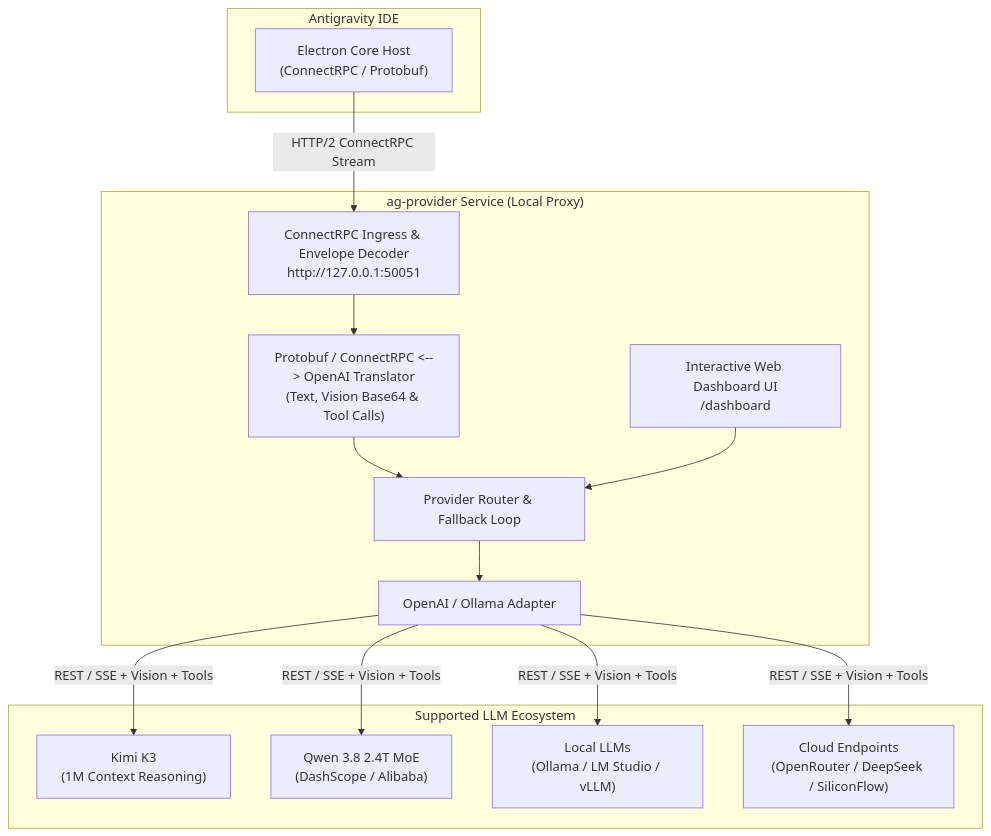
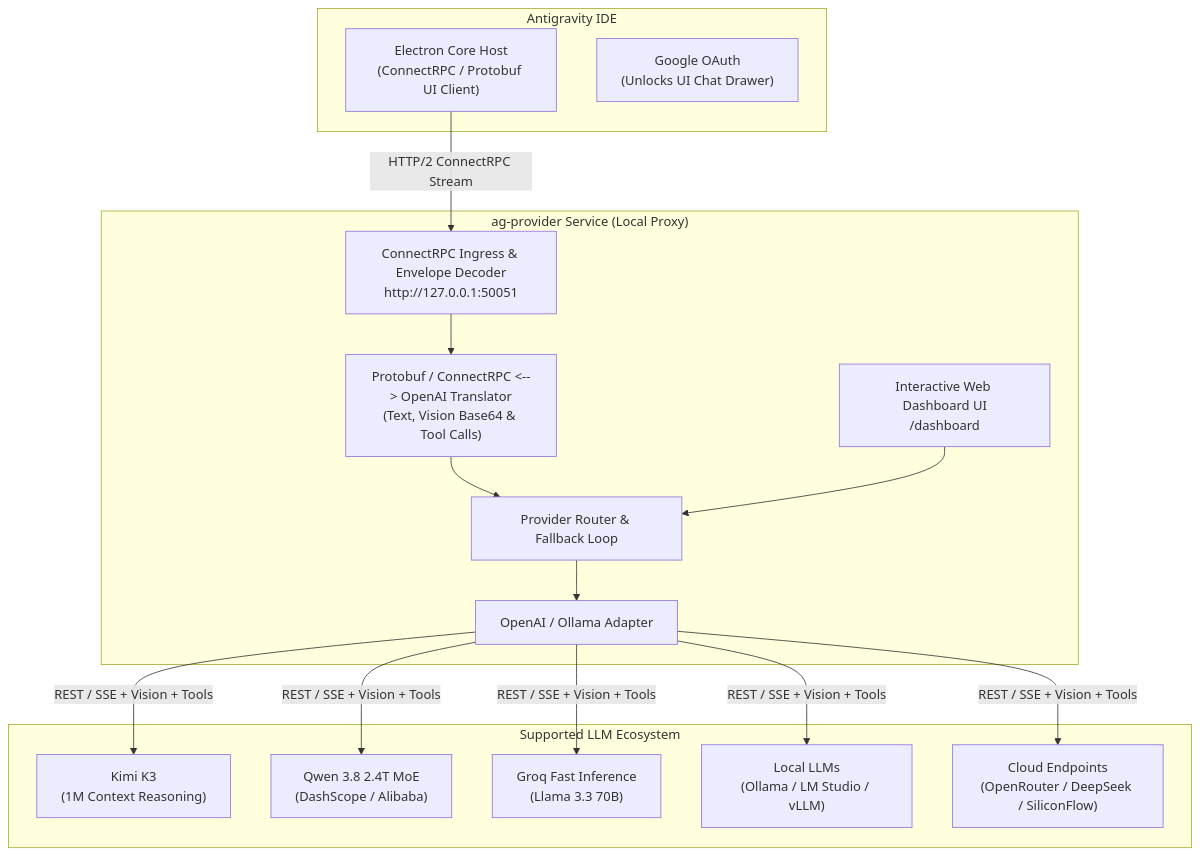
The diagram in README.md (linces/AntigravityUnLocker), drawn with Mermaid before and after one commit. The commit also changed other lines of this file and 1 other file, not shown here.

````diff
--- a/README.md
+++ b/README.md
@@ -35,31 +47,34 @@
 ```mermaid
 flowchart TD
     subgraph Client["Antigravity IDE"]
-        IDE["Electron Core Host<br/>(ConnectRPC / Protobuf)"]
+        IDE["Electron Core Host<br/>(ConnectRPC / Protobuf UI Client)"]
+        LOGIN["Google OAuth<br/>(Unlocks UI Chat Drawer)"]
     end
 
     subgraph Bridge["ag-provider Service (Local Proxy)"]
         RPC["ConnectRPC Ingress & Envelope Decoder<br/>http://127.0.0.1:50051"]
         TRANSLATOR["Protobuf / ConnectRPC <--> OpenAI Translator<br/>(Text, Vision Base64 & Tool Calls)"]
         ROUTER["Provider Router & Fallback Loop"]
         ADAPTER["OpenAI / Ollama Adapter"]
         DASHBOARD["Interactive Web Dashboard UI<br/>/dashboard"]
         RPC --> TRANSLATOR
         TRANSLATOR --> ROUTER
         ROUTER --> ADAPTER
         DASHBOARD --> ROUTER
     end
 
     subgraph Backends["Supported LLM Ecosystem"]
         KIMI["Kimi K3<br/>(1M Context Reasoning)"]
         QWEN38["Qwen 3.8 2.4T MoE<br/>(DashScope / Alibaba)"]
+        GROQ["Groq Fast Inference<br/>(Llama 3.3 70B)"]
         OLLAMA["Local LLMs<br/>(Ollama / LM Studio / vLLM)"]
         CLOUD["Cloud Endpoints<br/>(OpenRouter / DeepSeek / SiliconFlow)"]
     end
 
     IDE -->|HTTP/2 ConnectRPC Stream| RPC
     ADAPTER -->|REST / SSE + Vision + Tools| KIMI
     ADAPTER -->|REST / SSE + Vision + Tools| QWEN38
+    ADAPTER -->|REST / SSE + Vision + Tools| GROQ
     ADAPTER -->|REST / SSE + Vision + Tools| OLLAMA
     ADAPTER -->|REST / SSE + Vision + Tools| CLOUD
 ```
````
